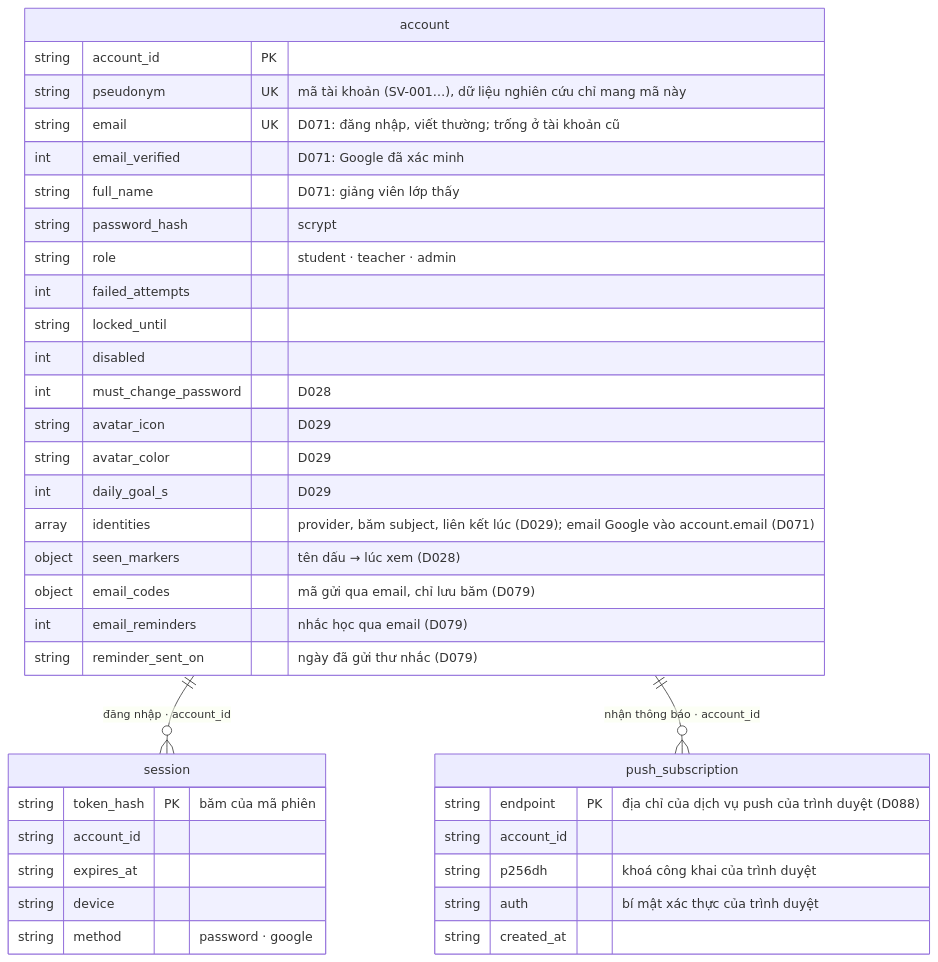
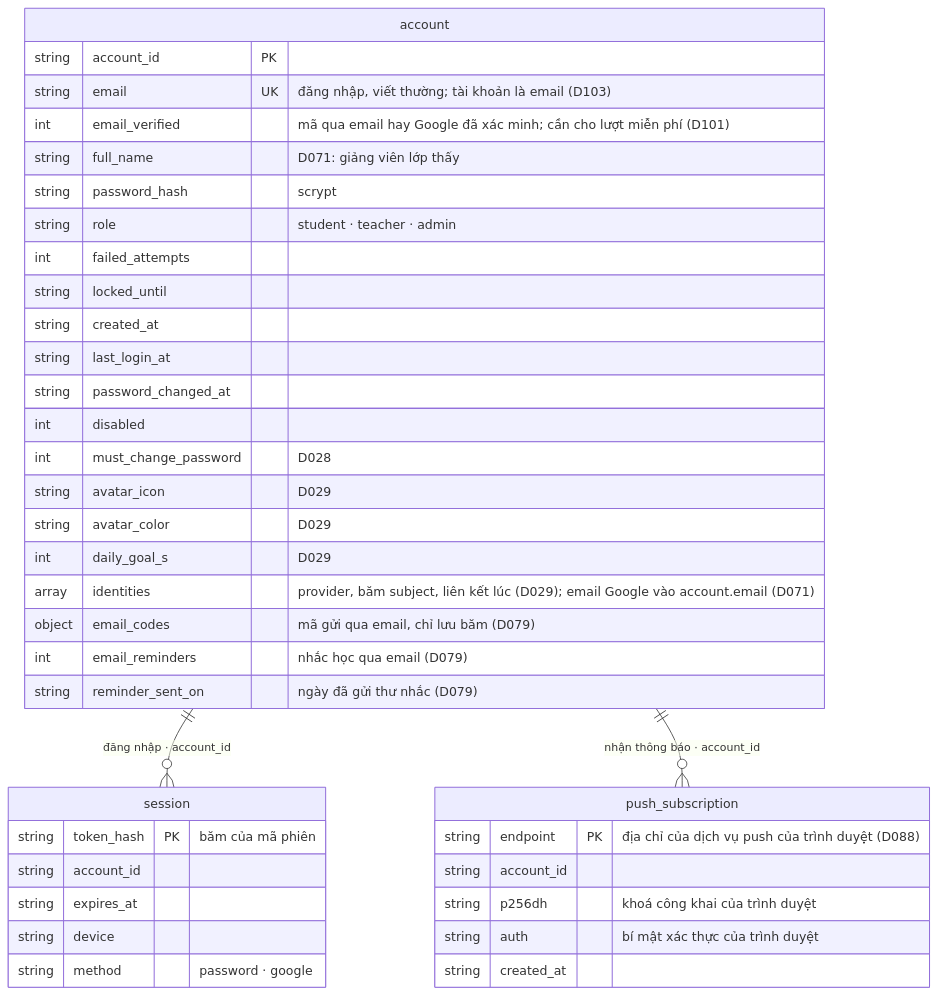
One commit to ThanhSangLouis/ai-assessor-cefr changed the diagram in docs/sdd/diagrams/05c_erd_identity.mmd. Above: the diagram before and after it, drawn with Mermaid. The commit also changed 19 other files, not shown here.

Commit message:
D109: email báo lời mời và học viên mới vào lớp; rà toàn bộ sơ đồ cho báo cáo cuối

```diff
--- a/docs/sdd/diagrams/05c_erd_identity.mmd
+++ b/docs/sdd/diagrams/05c_erd_identity.mmd
@@ -1,45 +1,47 @@
 %% SDD - Diagram 5c: ERD - dinh danh (MongoDB, database core, D060)
-%% Lien ket Google va dau "da xem" nam trong document cua tai khoan; phien dang
+%% Ban 1.34: tai khoan la email (D103 bo but danh va dau "da xem").
+%% Lien ket Google nam trong document cua tai khoan; phien dang
 %% nhap la collection rieng vi can chi muc TTL tu xoa phien het han; trinh
 %% duyet nhan thong bao day (D088) cung rieng, mot tai khoan nhieu trinh duyet.
 erDiagram
     account ||--o{ session : "đăng nhập · account_id"
     account ||--o{ push_subscription : "nhận thông báo · account_id"
 
     account {
         string account_id PK
-        string pseudonym UK "mã tài khoản (SV-001…), dữ liệu nghiên cứu chỉ mang mã này"
-        string email UK "D071: đăng nhập, viết thường; trống ở tài khoản cũ"
-        int email_verified "D071: Google đã xác minh"
+        string email UK "đăng nhập, viết thường; tài khoản là email (D103)"
+        int email_verified "mã qua email hay Google đã xác minh; cần cho lượt miễn phí (D101)"
         string full_name "D071: giảng viên lớp thấy"
         string password_hash "scrypt"
         string role "student · teacher · admin"
         int failed_attempts
         string locked_until
+        string created_at
+        string last_login_at
+        string password_changed_at
         int disabled
         int must_change_password "D028"
         string avatar_icon "D029"
         string avatar_color "D029"
         int daily_goal_s "D029"
         array identities "provider, băm subject, liên kết lúc (D029); email Google vào account.email (D071)"
-        object seen_markers "tên dấu → lúc xem (D028)"
         object email_codes "mã gửi qua email, chỉ lưu băm (D079)"
         int email_reminders "nhắc học qua email (D079)"
         string reminder_sent_on "ngày đã gửi thư nhắc (D079)"
     }
 
     session {
         string token_hash PK "băm của mã phiên"
         string account_id
         string expires_at
         string device
         string method "password · google"
     }
 
     push_subscription {
         string endpoint PK "địa chỉ của dịch vụ push của trình duyệt (D088)"
         string account_id
         string p256dh "khoá công khai của trình duyệt"
         string auth "bí mật xác thực của trình duyệt"
         string created_at
     }
```
